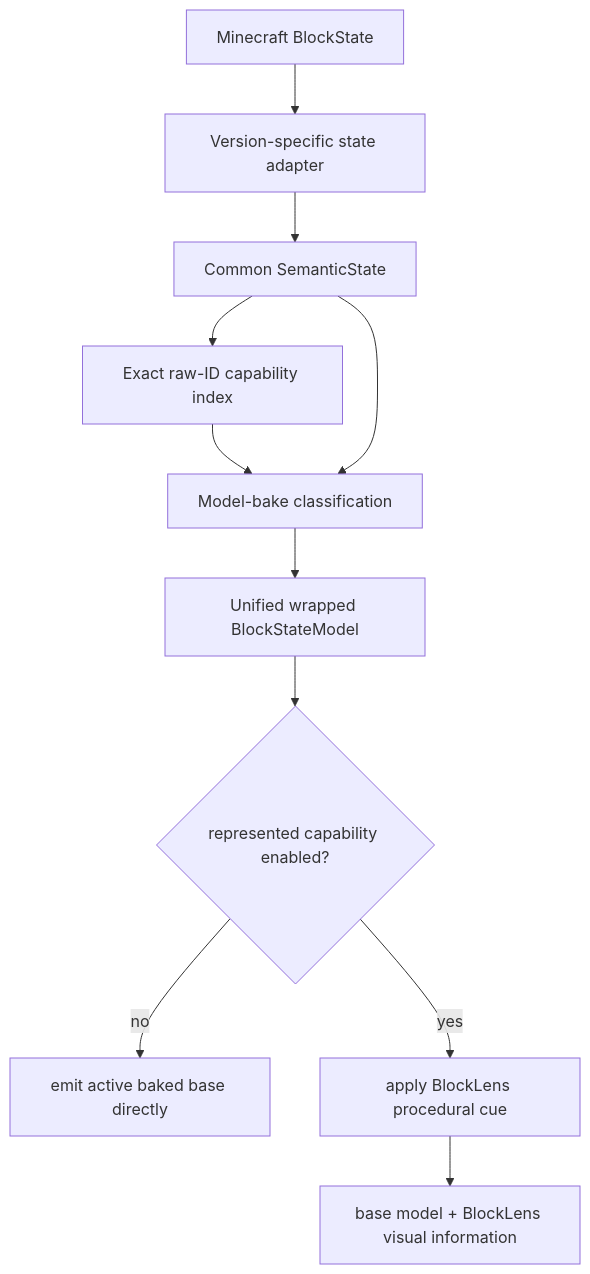
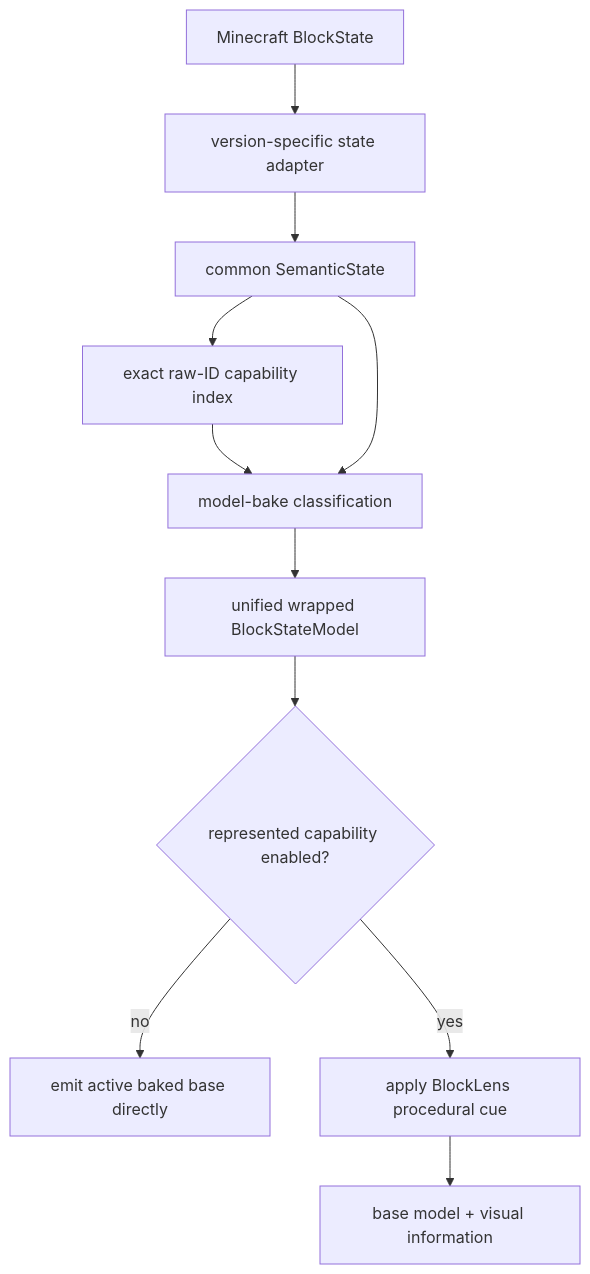
One commit to bosatsu25/BlockLens changed the fourth of 6 diagrams in README.md. Above: the diagram before and after it, drawn with Mermaid. The commit also changed other lines of this file and 39 other files, not shown here.

First line of the commit message:
feat: absorb ChiseTweaks visual overlap into BlockLens P0

````diff
--- a/README.md
+++ b/README.md
@@ -62,13 +137,13 @@
 ```mermaid
 flowchart TD
-    MC[Minecraft BlockState] --> VA[Version-specific state adapter]
-    VA --> SS[Common SemanticState]
-    SS --> IDX[Exact raw-ID capability index]
-    IDX --> BAKE[Model-bake classification]
+    MC[Minecraft BlockState] --> VA[version-specific state adapter]
+    VA --> SS[common SemanticState]
+    SS --> IDX[exact raw-ID capability index]
+    IDX --> BAKE[model-bake classification]
     SS --> BAKE
-    BAKE --> WRAP[Unified wrapped BlockStateModel]
+    BAKE --> WRAP[unified wrapped BlockStateModel]
     WRAP --> MASK{represented capability enabled?}
     MASK -- no --> BASE[emit active baked base directly]
     MASK -- yes --> CUE[apply BlockLens procedural cue]
-    CUE --> OUT[base model + BlockLens visual information]
+    CUE --> OUT[base model + visual information]
 ```
````
